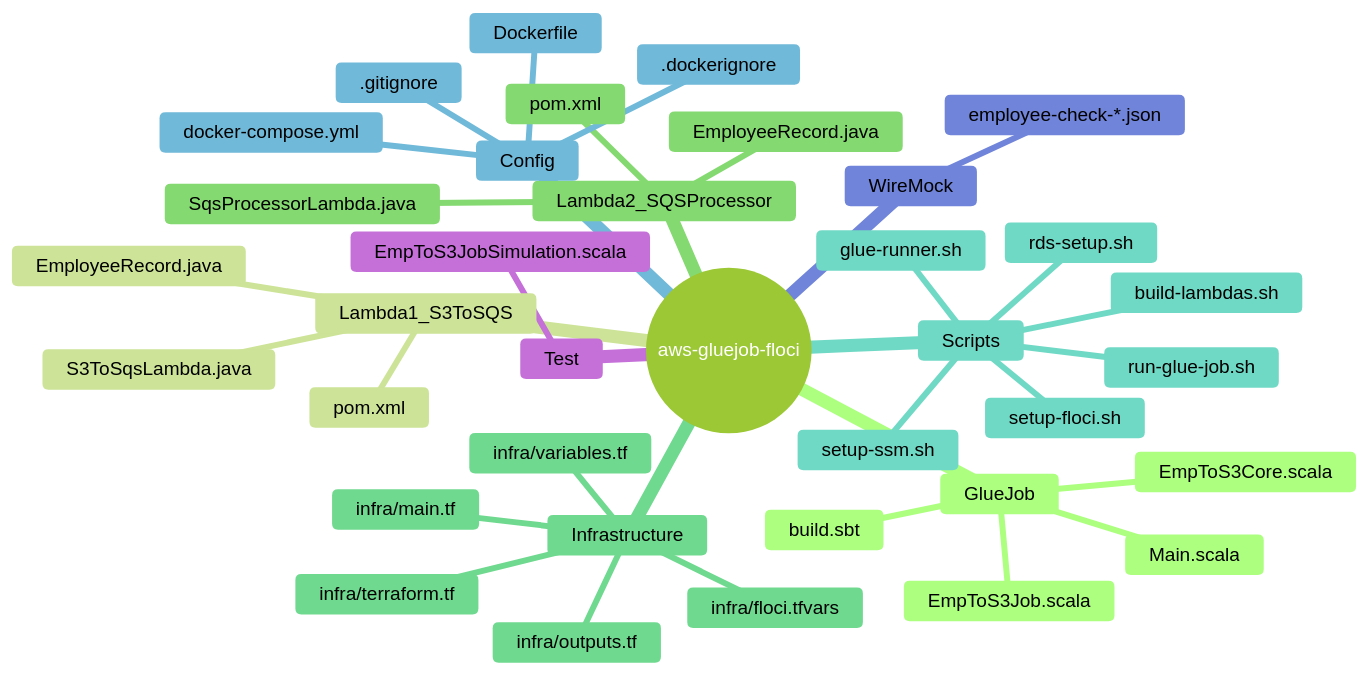
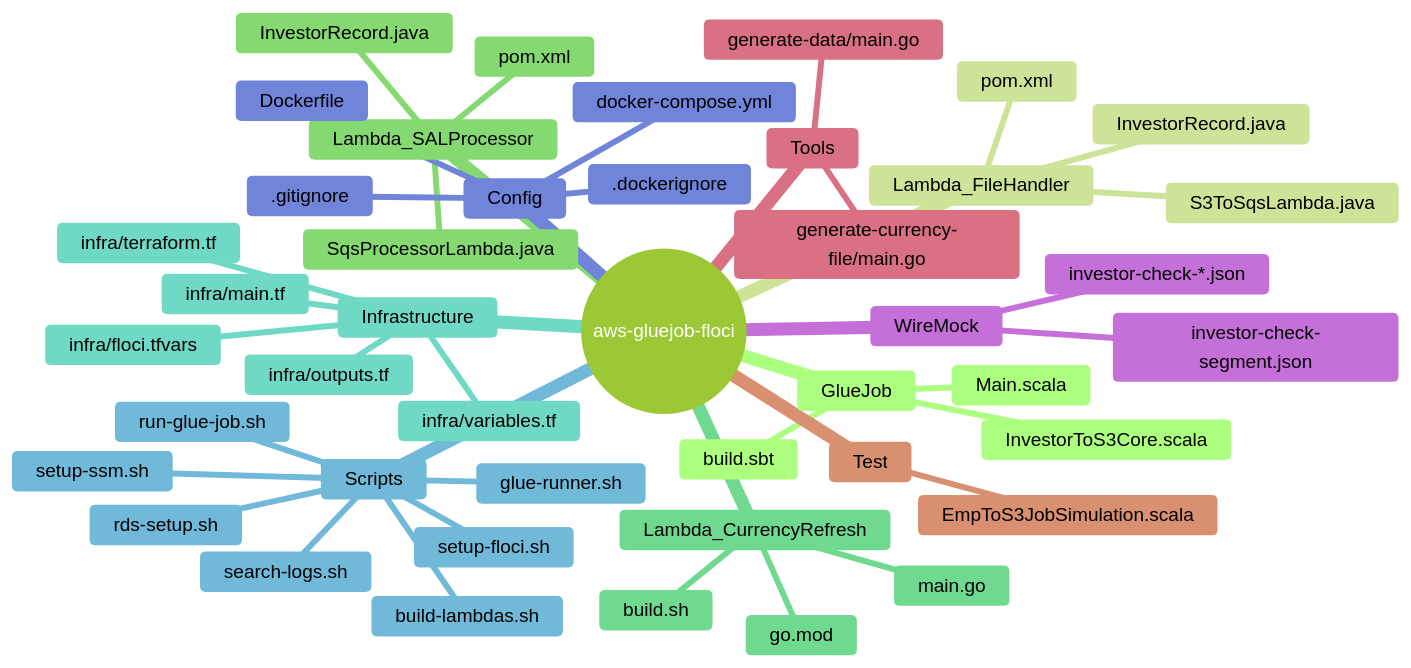
Before and after one commit to sriharisa-j71/aws-floci-sample-project: the third of 4 diagrams in ARCHITECTURE.md, drawn with Mermaid (forest theme). The commit also changed other lines of this file and 61 other files, not shown here.

First line of the commit message:
Refactor: Replace employee with investor flows

````diff
--- a/ARCHITECTURE.md
+++ b/ARCHITECTURE.md
@@ -93,39 +104,47 @@
 ```mermaid
 mindmap
   root((aws-gluejob-floci))
     GlueJob
       Main.scala
-      EmpToS3Core.scala
-      EmpToS3Job.scala
+      InvestorToS3Core.scala
       build.sbt
-    Lambda1_S3ToSQS
+    Lambda_FileHandler
       S3ToSqsLambda.java
-      EmployeeRecord.java
+      InvestorRecord.java
       pom.xml
-    Lambda2_SQSProcessor
+    Lambda_SALProcessor
       SqsProcessorLambda.java
-      EmployeeRecord.java
+      InvestorRecord.java
       pom.xml
+    Lambda_CurrencyRefresh
+      main.go
+      go.mod
+      build.sh
     Infrastructure
       infra/main.tf
       infra/variables.tf
       infra/outputs.tf
       infra/terraform.tf
       infra/floci.tfvars
     Scripts
       build-lambdas.sh
       glue-runner.sh
       run-glue-job.sh
       setup-floci.sh
       setup-ssm.sh
       rds-setup.sh
+      search-logs.sh
     Config
       docker-compose.yml
       Dockerfile
       .gitignore
       .dockerignore
     WireMock
-      employee-check-*.json
+      investor-check-*.json
+      investor-check-segment.json
+    Tools
+      generate-data/main.go
+      generate-currency-file/main.go
     Test
       EmpToS3JobSimulation.scala
 ```
````
